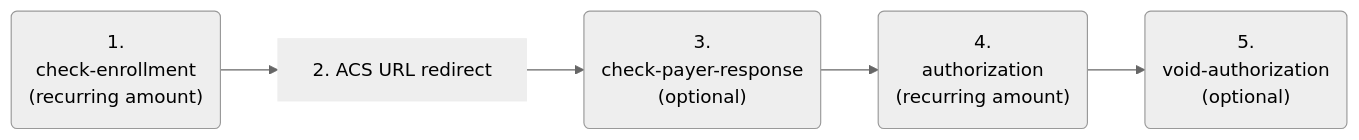
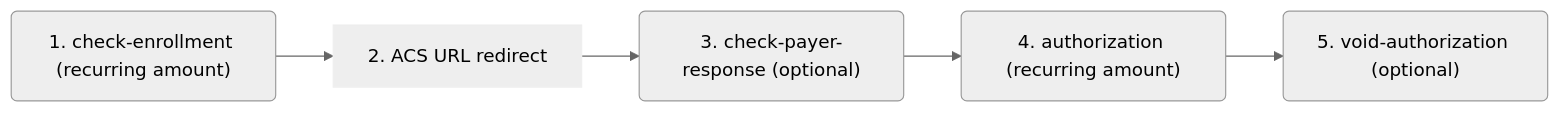
Before and after one commit to wirecard/merchant-documentation-gateway: the tenth of 17 diagrams in 11-01-09-three-d-secure-two-payment-flows.adoc, drawn with Mermaid (neutral theme). The commit also changed other lines of this file and 1 other file, not shown here.

Commit message:
Update diagrams

```diff
--- a/11-01-09-three-d-secure-two-payment-flows.adoc
+++ b/11-01-09-three-d-secure-two-payment-flows.adoc
@@ -1808,10 +1808,10 @@
 [mermaid,API_CC_3DS2_PaymentFlows_RecurringMIT_StoringCCAndSubscription_AuthAndVoid,svg,width=60]
 ----
 graph LR
-A("<center>1.<br>check-enrollment<br>(recurring amount)</center>")-->B
-B["<center>2. ACS URL redirect</center>"]-->C
-C("<center>3.<br>check-payer-response<br>(optional)</center>")-->D
-D("<center>4.<br>authorization<br>(recurring amount)</center>")-->E
-E("<center>5.<br>void-authorization<br>(optional)</center>")
+A("1. check-enrollment (recurring amount)")-->B
+B["2. ACS URL redirect"]-->C
+C("3. check-payer-response (optional)")-->D
+D("4. authorization (recurring amount)")-->E
+E("5. void-authorization (optional)")
 style B fill:#eee, stroke:#eee
 ----
```
